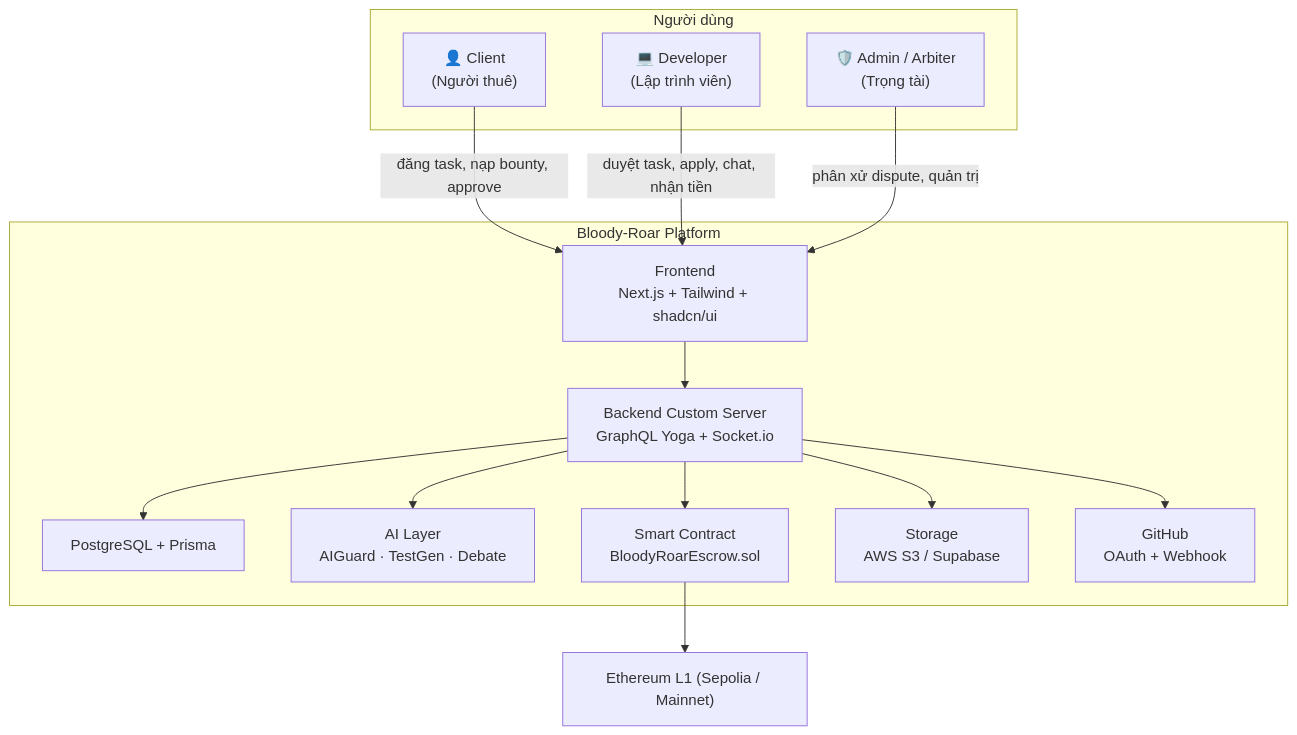
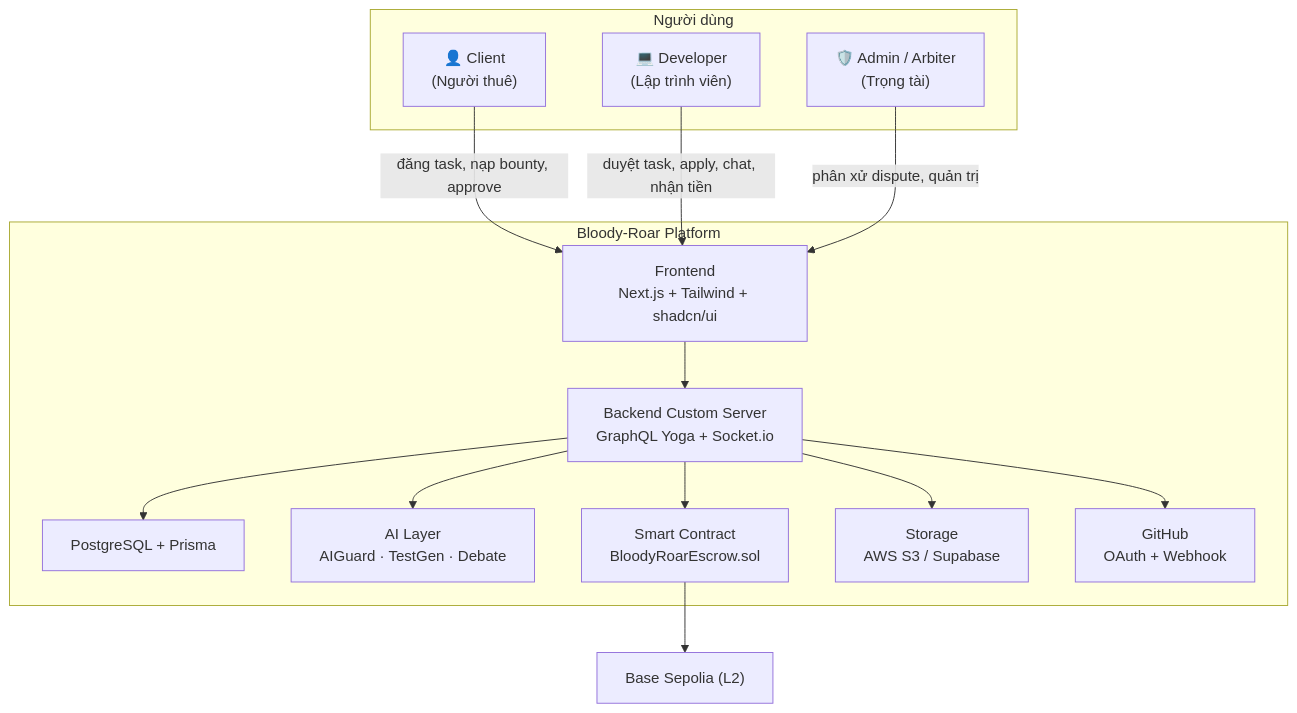
Before and after one commit to trongkhoidev/capstone1-bloody-roar: the first of 4 diagrams in docs/PROPOSAL.md, drawn with Mermaid. The commit also changed other lines of this file and 23 other files, not shown here.

Commit message:
chore: complete phase 0 environment setup and Base Sepolia L2 migration

````diff
--- a/docs/PROPOSAL.md
+++ b/docs/PROPOSAL.md
@@ -254,31 +254,31 @@
 ```mermaid
 flowchart TD
     subgraph Users["Người dùng"]
         CL["👤 Client<br/>(Người thuê)"]
         DV["💻 Developer<br/>(Lập trình viên)"]
         AD["🛡️ Admin / Arbiter<br/>(Trọng tài)"]
     end
 
     subgraph Platform["Bloody-Roar Platform"]
         FE["Frontend<br/>Next.js + Tailwind + shadcn/ui"]
         BE["Backend Custom Server<br/>GraphQL Yoga + Socket.io"]
         DB["PostgreSQL + Prisma"]
         AI["AI Layer<br/>AIGuard · TestGen · Debate"]
         SC["Smart Contract<br/>BloodyRoarEscrow.sol"]
         ST["Storage<br/>AWS S3 / Supabase"]
         GH["GitHub<br/>OAuth + Webhook"]
     end
 
-    BC["Ethereum L1 (Sepolia / Mainnet)"]
+    BC["Base Sepolia (L2)"]
 
     CL -->|"đăng task, nạp bounty, approve"| FE
     DV -->|"duyệt task, apply, chat, nhận tiền"| FE
     AD -->|"phân xử dispute, quản trị"| FE
     FE --> BE
     BE --> DB
     BE --> AI
     BE --> SC
     BE --> ST
     BE --> GH
     SC --> BC
 ```
````
